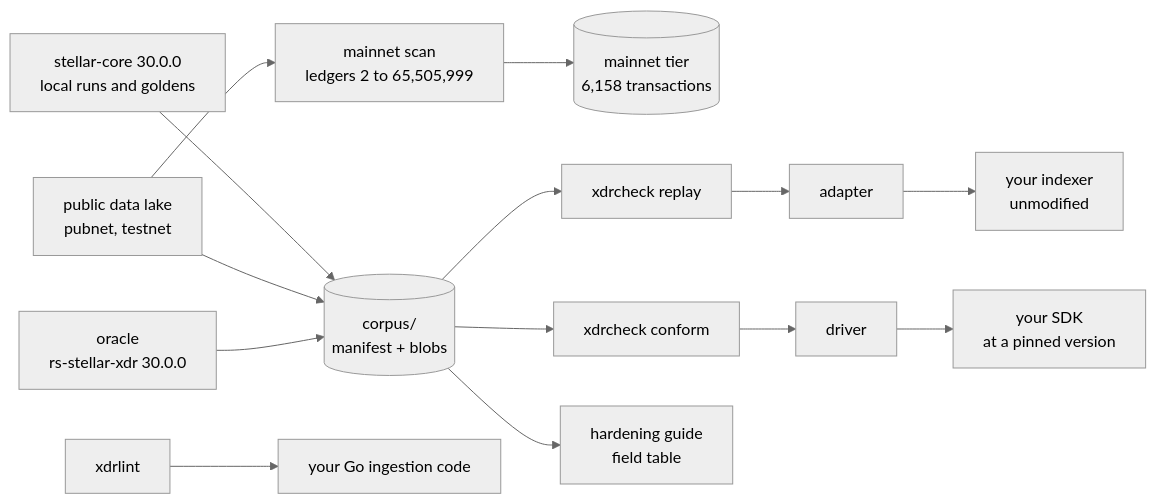
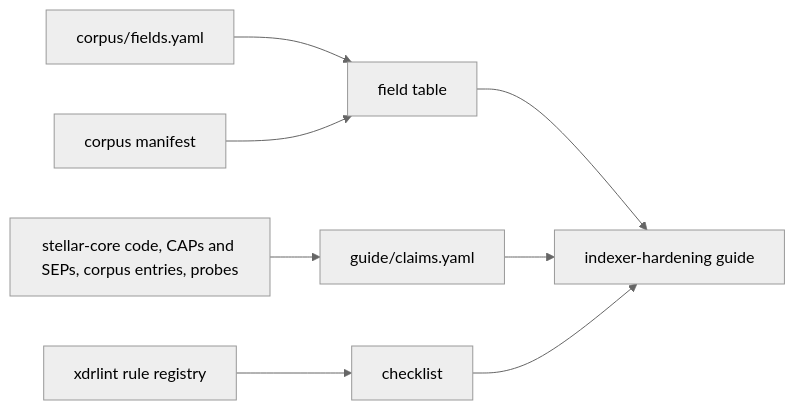
Before and after one commit to tolgayayci/xdrcheck: the seventh of 12 diagrams in apps/docs/architecture/overview.mdx, drawn with Mermaid (neutral theme). The commit also changed other lines of this file and 65 other files, not shown here.

````diff
--- a/apps/docs/architecture/overview.mdx
+++ b/apps/docs/architecture/overview.mdx
@@ -48,14 +217,10 @@
 ```mermaid
 flowchart LR
-  CORE["stellar-core 30.0.0<br/>local runs and goldens"] --> CORPUS[("corpus/<br/>manifest + blobs")]
-  LAKE["public data lake<br/>pubnet, testnet"] --> CORPUS
-  LAKE --> SCAN["mainnet scan<br/>ledgers 2 to 65,505,999"]
-  SCAN --> TIER[("mainnet tier<br/>6,158 transactions")]
-  ORACLE["oracle<br/>rs-stellar-xdr 30.0.0"] --> CORPUS
-  CORPUS --> REPLAY["xdrcheck replay"]
-  REPLAY --> ADP["adapter"] --> IDX["your indexer<br/>unmodified"]
-  CORPUS --> CONF["xdrcheck conform"]
-  CONF --> DRV["driver"] --> SDK["your SDK<br/>at a pinned version"]
-  LINT["xdrlint"] --> GO["your Go ingestion code"]
-  CORPUS --> GUIDE["hardening guide<br/>field table"]
+  FIELDS["corpus/fields.yaml"] --> TABLE["field table"]
+  MANIFEST["corpus manifest"] --> TABLE
+  SOURCES["stellar-core code, CAPs and SEPs, corpus entries, probes"] --> CLAIMS["guide/claims.yaml"]
+  TABLE --> GUIDE["indexer-hardening guide"]
+  CLAIMS --> GUIDE
+  RULES["xdrlint rule registry"] --> CHECKLIST["checklist"]
+  CHECKLIST --> GUIDE
 ```
````
